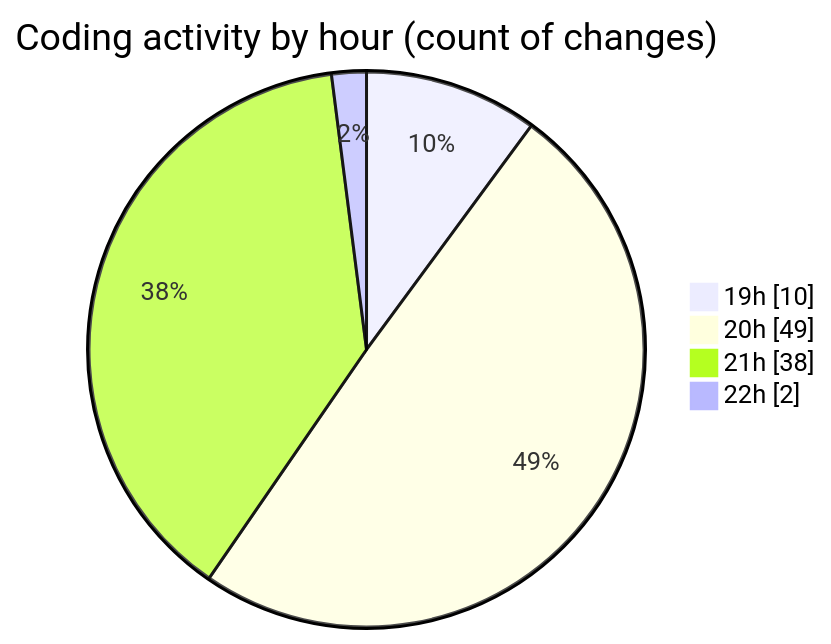
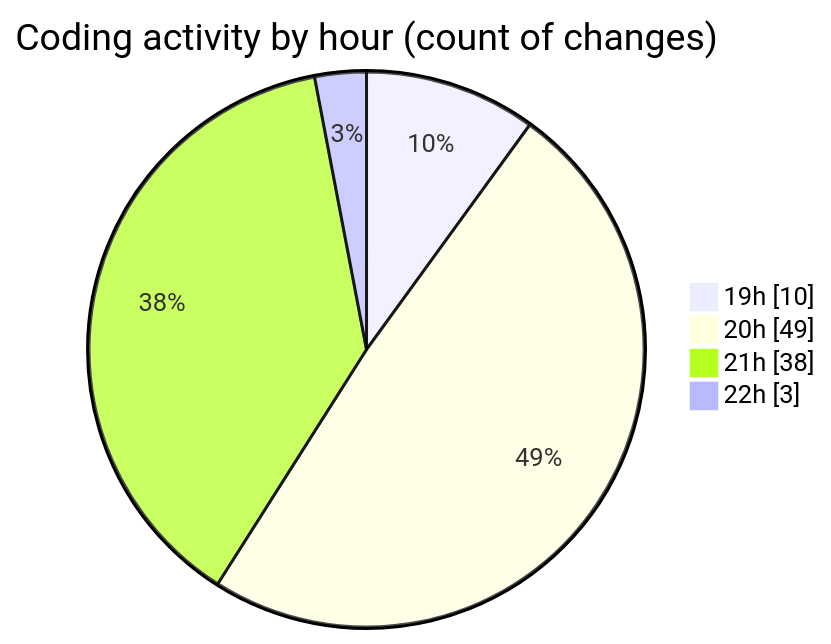
Before and after one commit to charlie-sans/code-tracking: the second of 2 diagrams in 2025-01-28/trollerboard/README.md, drawn with Mermaid. The commit also changed other lines of this file and 1 other file, not shown here.

````diff
--- a/2025-01-28/trollerboard/README.md
+++ b/2025-01-28/trollerboard/README.md
@@ -43,8 +43,8 @@
 ```mermaid
 pie showData
 title Coding activity by hour (count of changes)
 "19h" : 10
 "20h" : 49
 "21h" : 38
-"22h" : 2
+"22h" : 3
 ```
````
